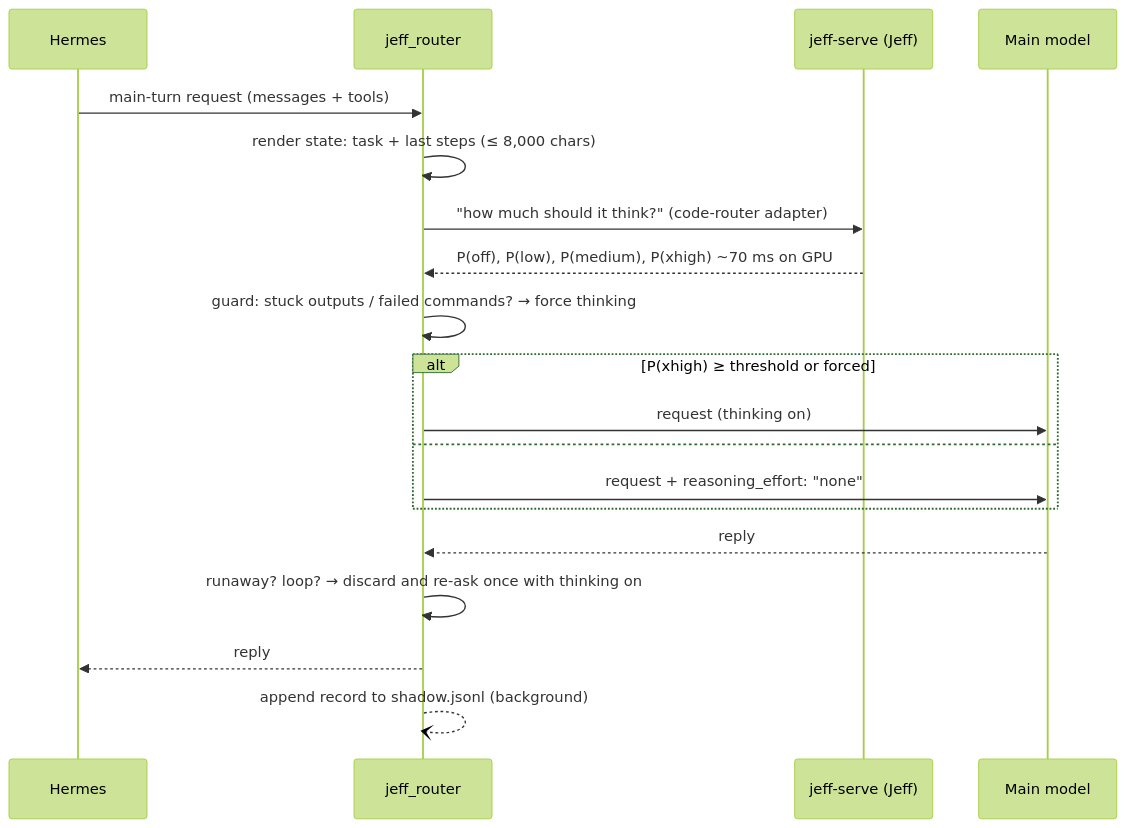
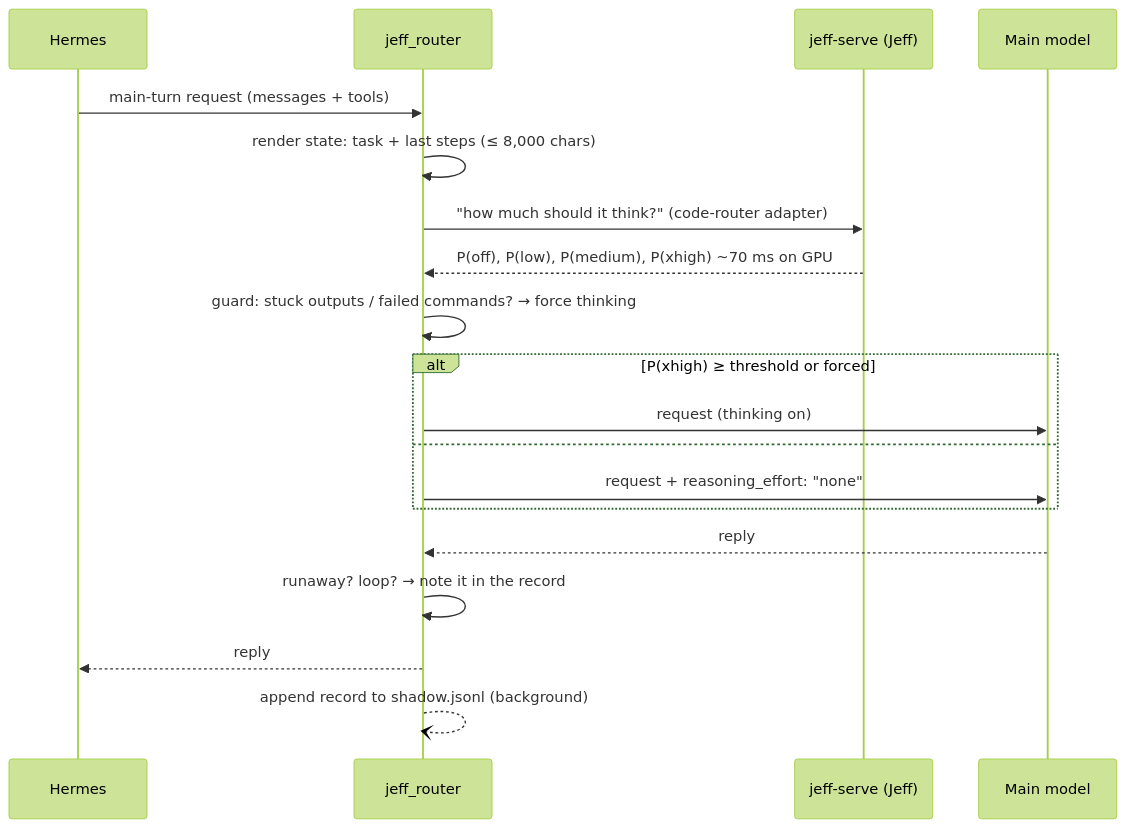
One commit to chadcox/jeff-hermes changed the diagram in docs/how-it-works.md. Above: the diagram before and after it, drawn with Mermaid (forest theme). The commit also changed other lines of this file and 11 other files, not shown here.

````diff
--- a/docs/how-it-works.md
+++ b/docs/how-it-works.md
@@ -13,22 +13,22 @@
 ```mermaid
 sequenceDiagram
     participant H as Hermes
     participant P as jeff_router
     participant J as jeff-serve (Jeff)
     participant M as Main model
 
     H->>P: main-turn request (messages + tools)
     P->>P: render state: task + last steps (≤ 8,000 chars)
     P->>J: "how much should it think?" (code-router adapter)
     J-->>P: P(off), P(low), P(medium), P(xhigh)  ~70 ms on GPU
     P->>P: guard: stuck outputs / failed commands? → force thinking
     alt P(xhigh) ≥ threshold or forced
         P->>M: request (thinking on)
     else
         P->>M: request + reasoning_effort: "none"
     end
     M-->>P: reply
-    P->>P: runaway? loop? → discard and re-ask once with thinking on
+    P->>P: runaway? loop? → note it in the record
     P-->>H: reply
     P--)P: append record to shadow.jsonl (background)
 ```
````
